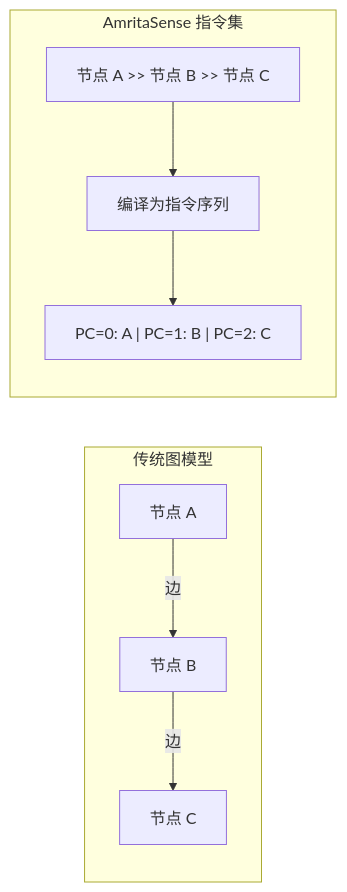
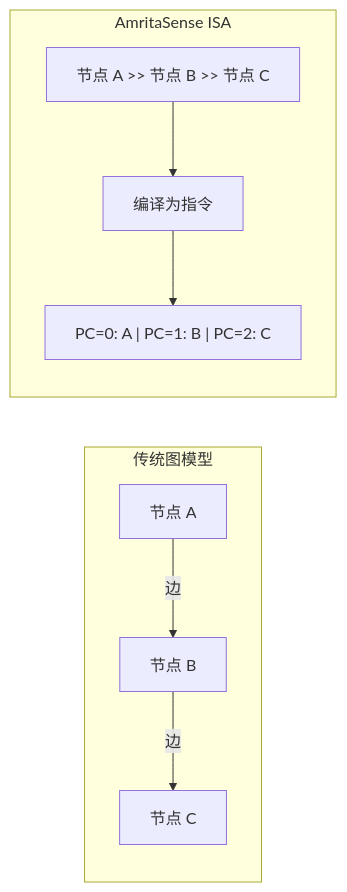
One commit to AmritaBot/AmritaCore changed the second of 5 diagrams in docs/docs/zh/guide/extensions-integration/amrita-sense.md. Above: the diagram before and after it, drawn with Mermaid. The commit also changed other lines of this file and 160 other files, not shown here.

````diff
--- a/docs/docs/zh/guide/extensions-integration/amrita-sense.md
+++ b/docs/docs/zh/guide/extensions-integration/amrita-sense.md
@@ -34,12 +34,12 @@
 ```mermaid
 flowchart LR
     subgraph Graph["传统图模型"]
         A["节点 A"] -- 边 --> B["节点 B"]
         B -- 边 --> C["节点 C"]
     end
-    subgraph ISA["AmritaSense 指令集"]
+    subgraph ISA["AmritaSense ISA"]
         D["节点 A >> 节点 B >> 节点 C"]
-        D --> E["编译为指令序列"]
+        D --> E["编译为指令"]
         E --> F["PC=0: A | PC=1: B | PC=2: C"]
     end
 ```
````
